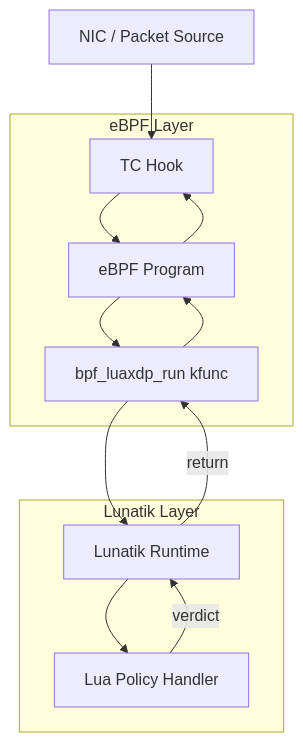
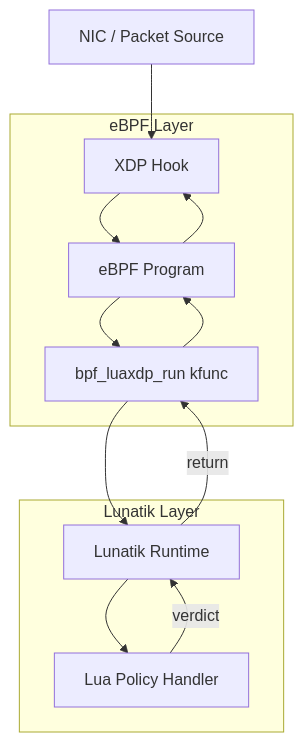
The diagram in lunatik-eBPF-tech-doc.md (sneaky-potato/gsoc), drawn with Mermaid before and after one commit.

Commit message:
Fix luaxdp diagram

````diff
--- a/lunatik-eBPF-tech-doc.md
+++ b/lunatik-eBPF-tech-doc.md
@@ -55,27 +55,27 @@
 ```mermaid
 flowchart TD
 
     NIC[NIC / Packet Source]
 
     subgraph eBPF Layer
-        TC[TC Hook]
+        XDP[XDP Hook]
         BPF[eBPF Program]
         KFUNC[bpf_luaxdp_run kfunc]
     end
 
     subgraph Lunatik Layer
         LUNATIK[Lunatik Runtime]
         LUA[Lua Policy Handler]
     end
 
-    NIC --> TC
-    TC --> BPF
+    NIC --> XDP
+    XDP --> BPF
     BPF --> KFUNC
     KFUNC --> LUNATIK
     LUNATIK --> LUA
 
     LUA -->|verdict| LUNATIK
     LUNATIK -->|return| KFUNC
     KFUNC --> BPF
-    BPF --> TC
+    BPF --> XDP
 ```
````
